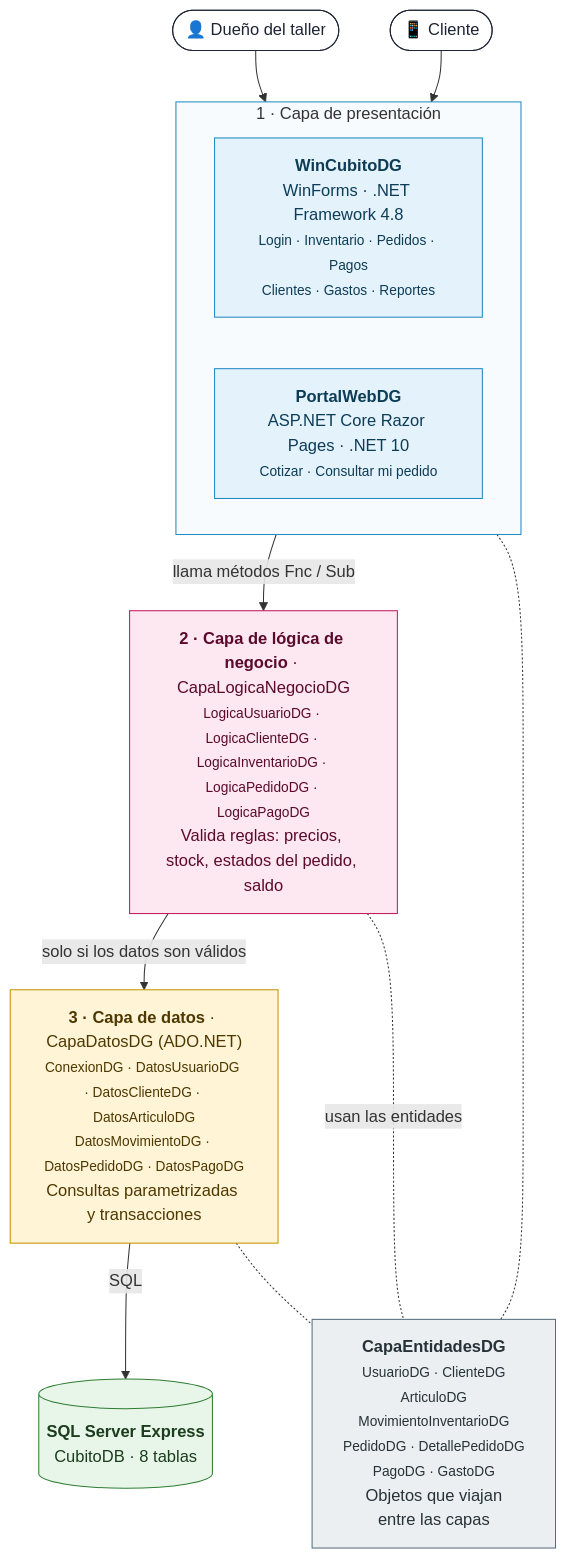
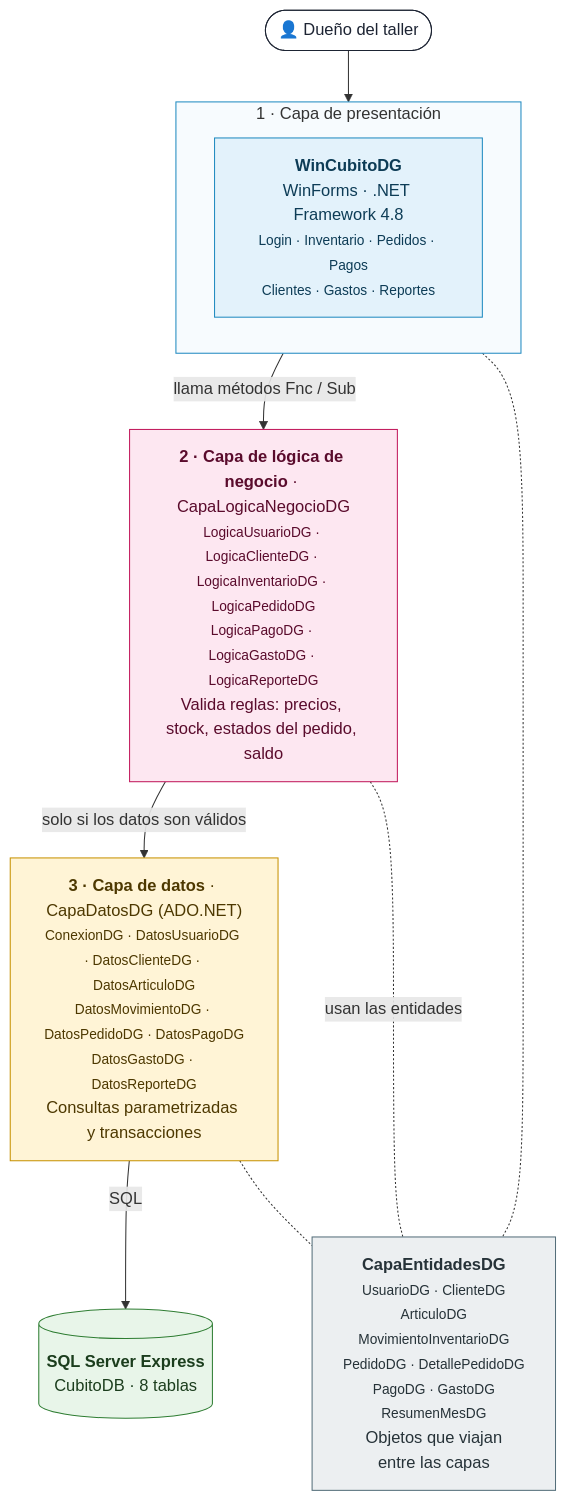
Before and after one commit to Darturo9/CubitoGrupo9: the diagram in docs/diagramas/01-arquitectura.mmd, drawn with Mermaid. The commit also changed 32 other files, not shown here.

Commit message:
Quitar el portal web: la entrega es la aplicación de escritorio

```diff
--- a/docs/diagramas/01-arquitectura.mmd
+++ b/docs/diagramas/01-arquitectura.mmd
@@ -1,41 +1,38 @@
 %% Arquitectura por capas de Cubito
 flowchart TB
     duenoDG(["👤 Dueño del taller"])
-    clienteDG(["📱 Cliente"])
 
     subgraph presentacionDG["1 · Capa de presentación"]
         direction LR
         winDG["<b>WinCubitoDG</b><br/>WinForms · .NET Framework 4.8<br/><small>Login · Inventario · Pedidos · Pagos<br/>Clientes · Gastos · Reportes</small>"]
-        portalDG["<b>PortalWebDG</b><br/>ASP.NET Core Razor Pages · .NET 10<br/><small>Cotizar · Consultar mi pedido</small>"]
     end
 
-    logicaDG["<b>2 · Capa de lógica de negocio</b> · CapaLogicaNegocioDG<br/><small>LogicaUsuarioDG · LogicaClienteDG · LogicaInventarioDG · LogicaPedidoDG · LogicaPagoDG</small><br/>Valida reglas: precios, stock, estados del pedido, saldo"]
+    logicaDG["<b>2 · Capa de lógica de negocio</b> · CapaLogicaNegocioDG<br/><small>LogicaUsuarioDG · LogicaClienteDG · LogicaInventarioDG · LogicaPedidoDG<br/>LogicaPagoDG · LogicaGastoDG · LogicaReporteDG</small><br/>Valida reglas: precios, stock, estados del pedido, saldo"]
 
-    datosDG["<b>3 · Capa de datos</b> · CapaDatosDG (ADO.NET)<br/><small>ConexionDG · DatosUsuarioDG · DatosClienteDG · DatosArticuloDG<br/>DatosMovimientoDG · DatosPedidoDG · DatosPagoDG</small><br/>Consultas parametrizadas y transacciones"]
+    datosDG["<b>3 · Capa de datos</b> · CapaDatosDG (ADO.NET)<br/><small>ConexionDG · DatosUsuarioDG · DatosClienteDG · DatosArticuloDG<br/>DatosMovimientoDG · DatosPedidoDG · DatosPagoDG<br/>DatosGastoDG · DatosReporteDG</small><br/>Consultas parametrizadas y transacciones"]
 
     bdDG[("<b>SQL Server Express</b><br/>CubitoDB · 8 tablas")]
 
-    entidadesDG["<b>CapaEntidadesDG</b><br/><small>UsuarioDG · ClienteDG<br/>ArticuloDG<br/>MovimientoInventarioDG<br/>PedidoDG · DetallePedidoDG<br/>PagoDG · GastoDG</small><br/>Objetos que viajan<br/>entre las capas"]
+    entidadesDG["<b>CapaEntidadesDG</b><br/><small>UsuarioDG · ClienteDG<br/>ArticuloDG<br/>MovimientoInventarioDG<br/>PedidoDG · DetallePedidoDG<br/>PagoDG · GastoDG<br/>ResumenMesDG</small><br/>Objetos que viajan<br/>entre las capas"]
 
     duenoDG --> winDG
-    clienteDG --> portalDG
     presentacionDG -->|"llama métodos Fnc / Sub"| logicaDG
     logicaDG -->|"solo si los datos son válidos"| datosDG
     datosDG -->|"SQL"| bdDG
     presentacionDG -.- entidadesDG
     logicaDG -.-|"usan las entidades"| entidadesDG
     datosDG -.- entidadesDG
 
     classDef pres fill:#e3f2fb,stroke:#1f8ac0,color:#0d3c56
     classDef logi fill:#fde7f1,stroke:#c2185b,color:#5a0b2c
     classDef dato fill:#fff4d6,stroke:#c79100,color:#4d3800
     classDef enti fill:#eceff1,stroke:#546e7a,color:#263238
     classDef base fill:#e8f5e9,stroke:#2e7d32,color:#1b3d1d
     classDef actor fill:#ffffff,stroke:#1d2433,color:#1d2433
-    class winDG,portalDG pres
+    class winDG pres
     class logicaDG logi
     class datosDG dato
     class entidadesDG enti
     class bdDG base
-    class duenoDG,clienteDG actor
+    class duenoDG actor
     style presentacionDG fill:#f7fbfe,stroke:#1f8ac0
```
